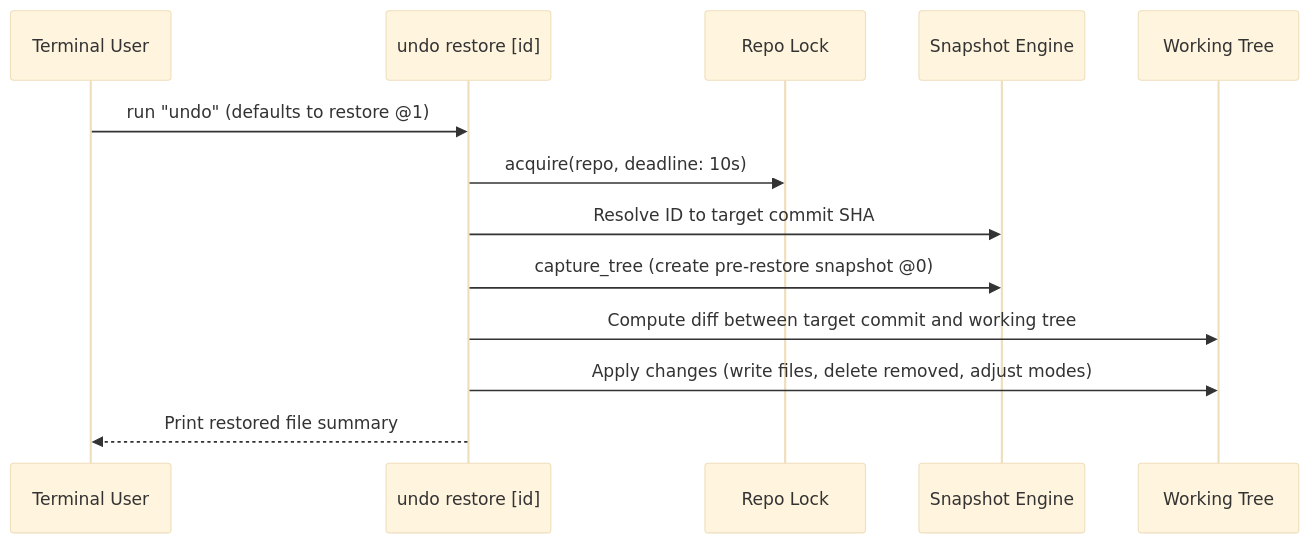
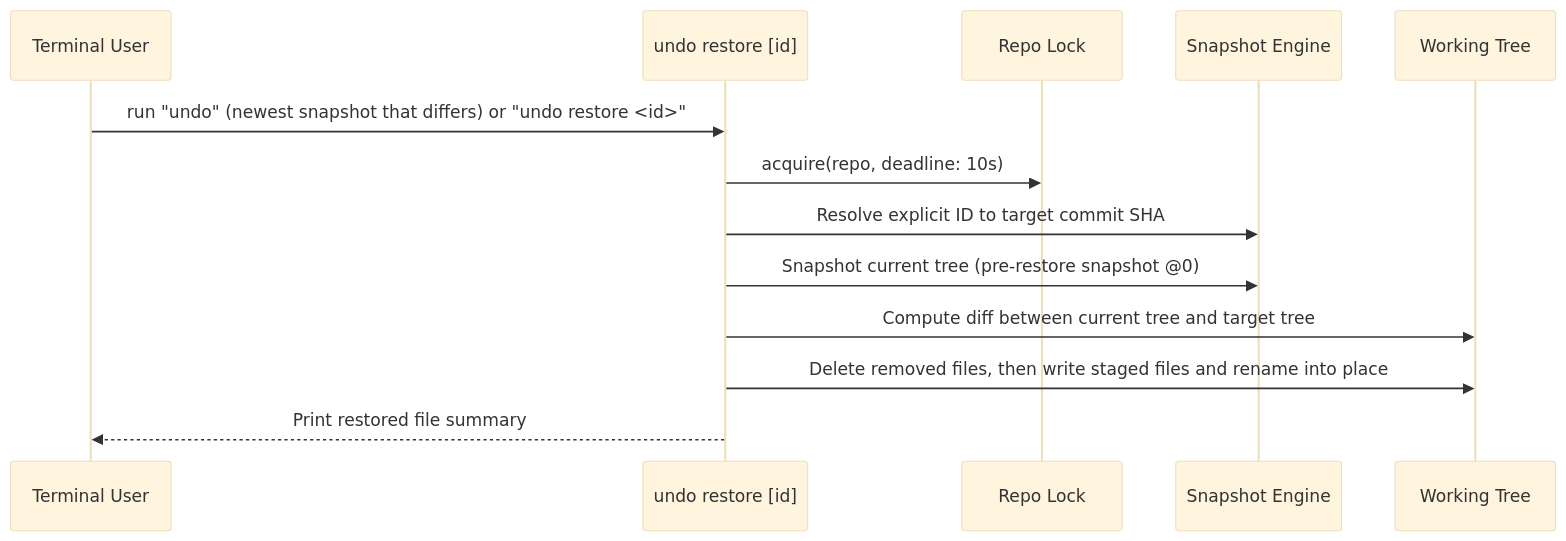
One commit to dpologdvinity/undo changed the second of 2 diagrams in ARCHITECTURE.md. Above: the diagram before and after it, drawn with Mermaid (base theme). The commit also changed other lines of this file, not shown here.

First line of the commit message:
docs(architecture): correct lock file, repo path, restore modes and log cap (#16)

````diff
--- a/ARCHITECTURE.md
+++ b/ARCHITECTURE.md
@@ -97,16 +97,16 @@
 ```mermaid
 sequenceDiagram
     participant User as Terminal User
     participant Restore as undo restore [id]
     participant Lock as Repo Lock
     participant Snap as Snapshot Engine
     participant Target as Working Tree
 
-    User->>Restore: run "undo" (defaults to restore @1)
+    User->>Restore: run "undo" (newest snapshot that differs) or "undo restore <id>"
     Restore->>Lock: acquire(repo, deadline: 10s)
-    Restore->>Snap: Resolve ID to target commit SHA
-    Restore->>Snap: capture_tree (create pre-restore snapshot @0)
-    Restore->>Target: Compute diff between target commit and working tree
-    Restore->>Target: Apply changes (write files, delete removed, adjust modes)
+    Restore->>Snap: Resolve explicit ID to target commit SHA
+    Restore->>Snap: Snapshot current tree (pre-restore snapshot @0)
+    Restore->>Target: Compute diff between current tree and target tree
+    Restore->>Target: Delete removed files, then write staged files and rename into place
     Restore-->>User: Print restored file summary
 ```
````
